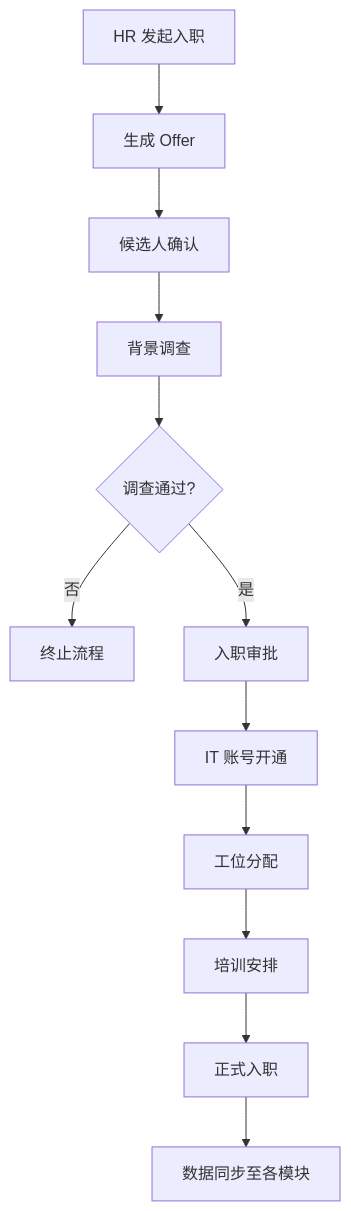
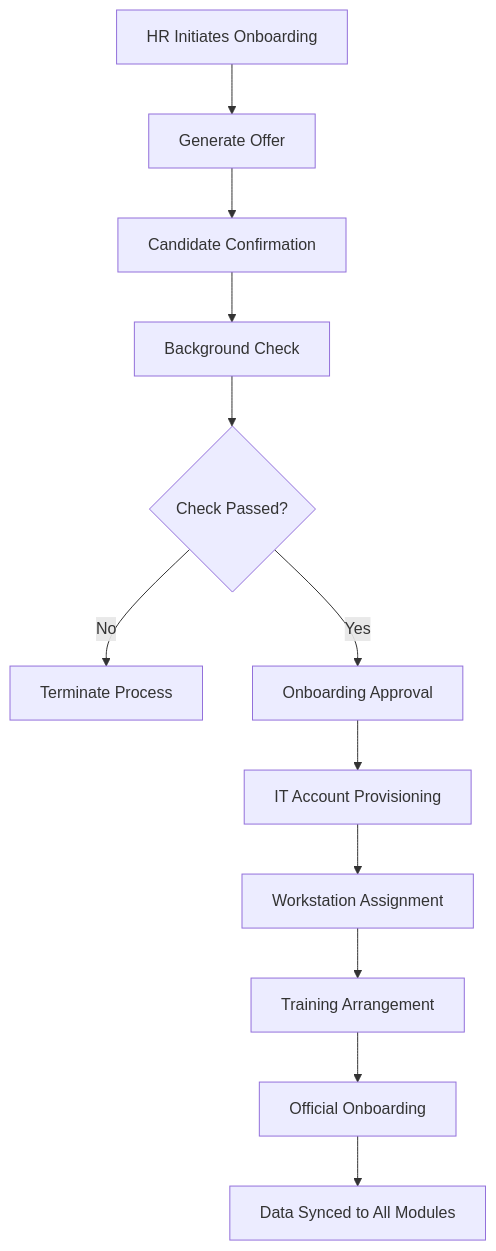
One commit to teaglebuilt/knowledge-tree changed the fourth of 5 diagrams in tree/application/architecture/hrtech-saas.md. Above: the diagram before and after it, drawn with Mermaid. The commit also changed other lines of this file and 4 other files, not shown here.

````diff
--- a/tree/application/architecture/hrtech-saas.md
+++ b/tree/application/architecture/hrtech-saas.md
@@ -417,14 +418,14 @@
 ```mermaid
 flowchart TD
-    A[HR 发起入职] --> B[生成 Offer]
-    B --> C[候选人确认]
-    C --> D[背景调查]
-    D --> E{调查通过?}
-    E -->|否| F[终止流程]
-    E -->|是| G[入职审批]
-    G --> H[IT 账号开通]
-    H --> I[工位分配]
-    I --> J[培训安排]
-    J --> K[正式入职]
-    K --> L[数据同步至各模块]
+    A[HR Initiates Onboarding] --> B[Generate Offer]
+    B --> C[Candidate Confirmation]
+    C --> D[Background Check]
+    D --> E{Check Passed?}
+    E -->|No| F[Terminate Process]
+    E -->|Yes| G[Onboarding Approval]
+    G --> H[IT Account Provisioning]
+    H --> I[Workstation Assignment]
+    I --> J[Training Arrangement]
+    J --> K[Official Onboarding]
+    K --> L[Data Synced to All Modules]
 ```
````
